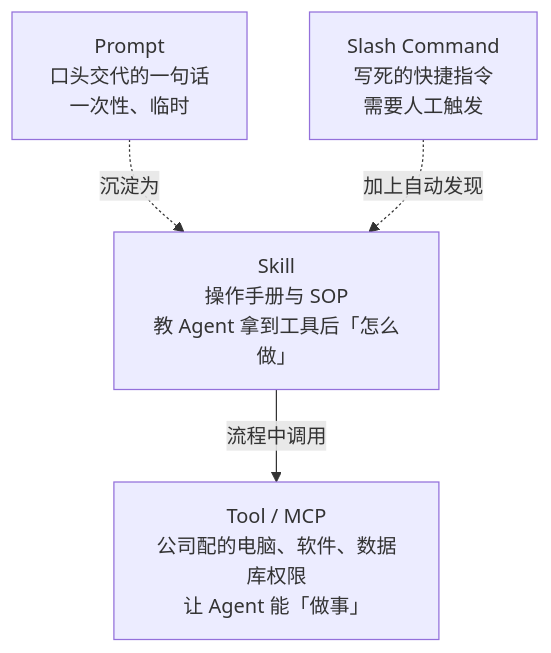
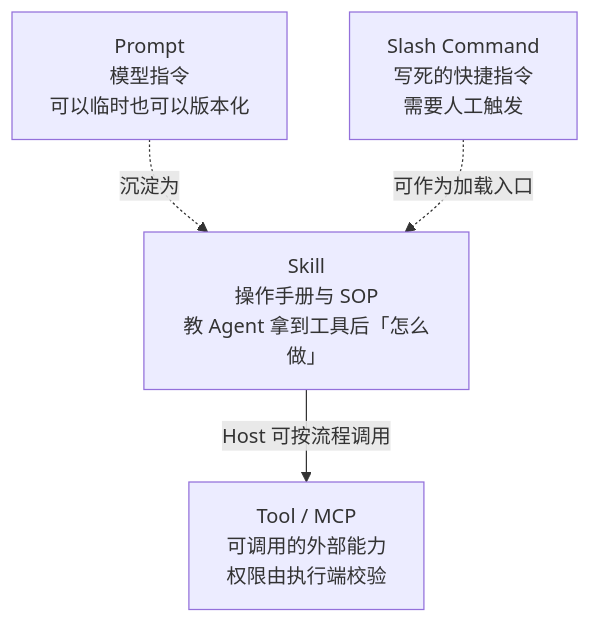
Before and after one commit to oneleaveknowsthefall/awesome-ai-roadmap: the second of 2 diagrams in docs/tools/03-skills/08-what-is-skill.md, drawn with Mermaid. The commit also changed other lines of this file and 50 other files, not shown here.

````diff
--- a/docs/tools/03-skills/08-what-is-skill.md
+++ b/docs/tools/03-skills/08-what-is-skill.md
@@ -116,11 +125,11 @@
 ```mermaid
 flowchart TB
-    TOOL["Tool / MCP<br/>公司配的电脑、软件、数据库权限<br/>让 Agent 能「做事」"]
+    TOOL["Tool / MCP<br/>可调用的外部能力<br/>权限由执行端校验"]
     SKILL["Skill<br/>操作手册与 SOP<br/>教 Agent 拿到工具后「怎么做」"]
-    PROMPT["Prompt<br/>口头交代的一句话<br/>一次性、临时"]
+    PROMPT["Prompt<br/>模型指令<br/>可以临时也可以版本化"]
     SLASH["Slash Command<br/>写死的快捷指令<br/>需要人工触发"]
 
-    SKILL -->|流程中调用| TOOL
+    SKILL -->|Host 可按流程调用| TOOL
     PROMPT -.沉淀为.-> SKILL
-    SLASH -.加上自动发现.-> SKILL
+    SLASH -.可作为加载入口.-> SKILL
 ```
````
